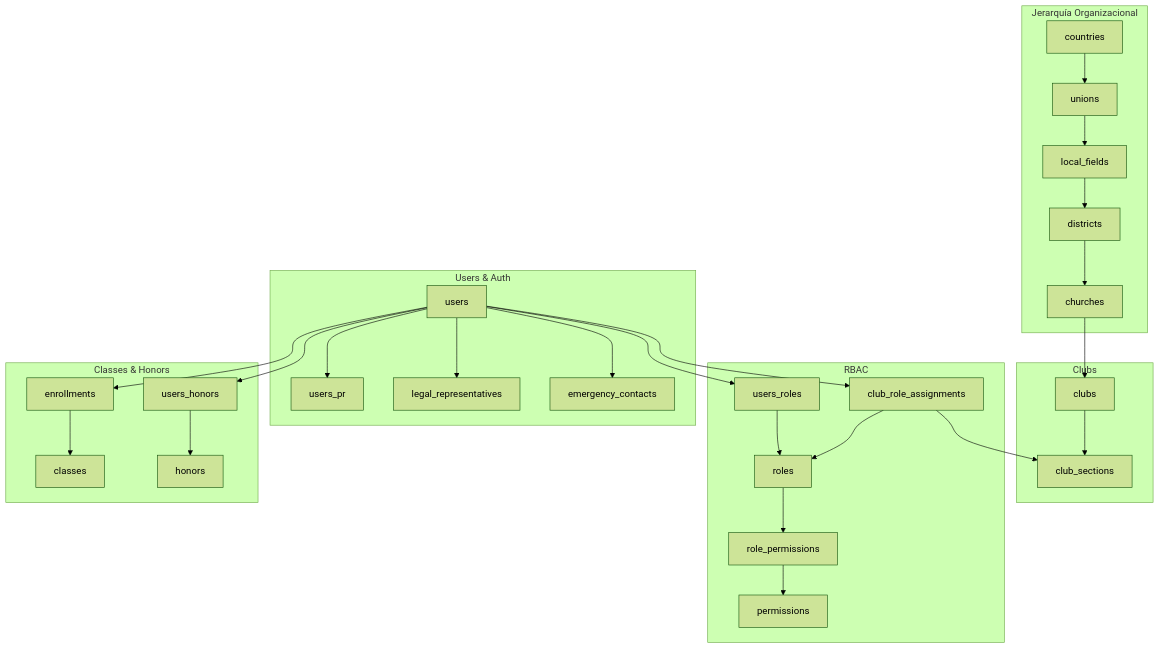
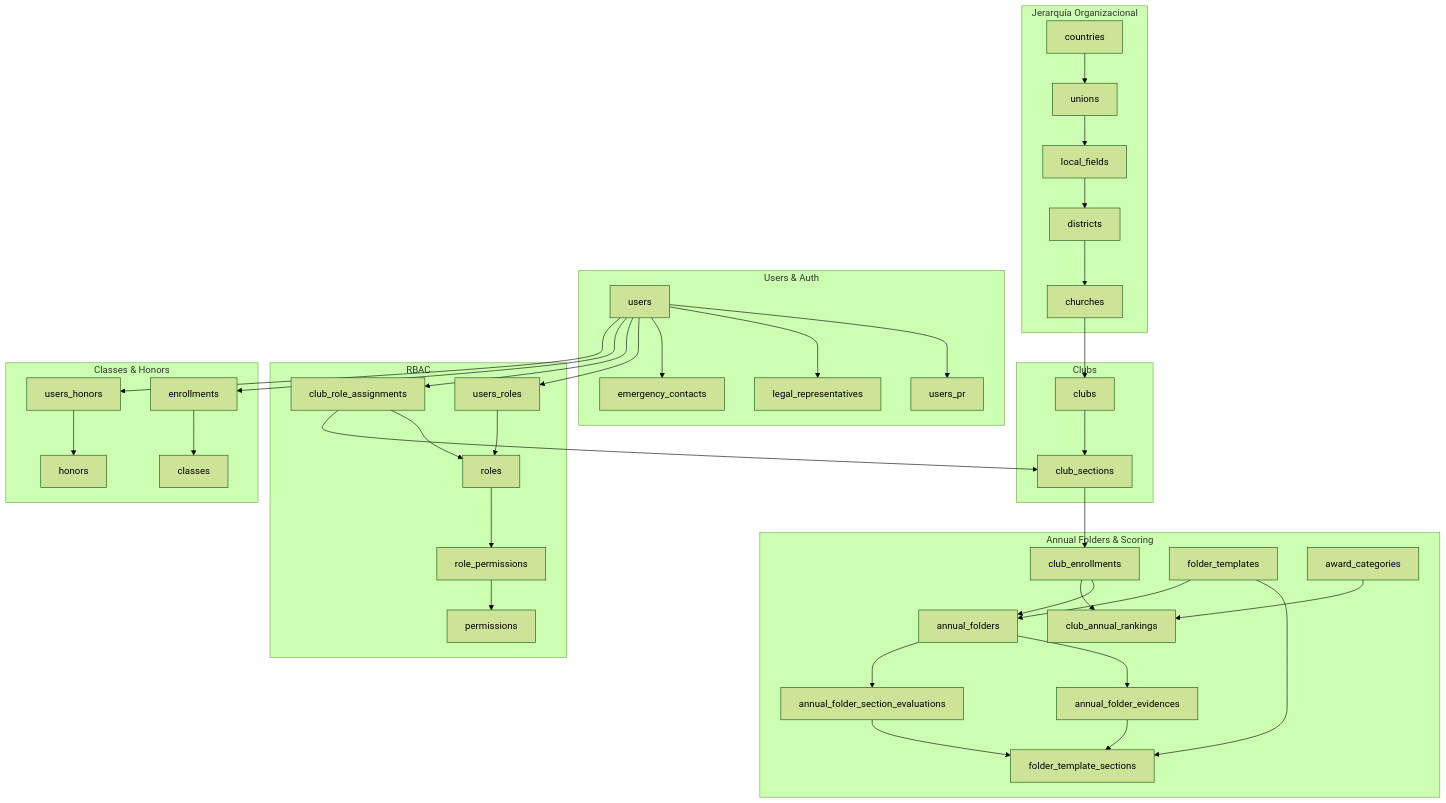
The diagram in docs/database/SCHEMA-REFERENCE.md (abn-r/sacdia), drawn with Mermaid (forest theme) before and after one commit. The commit also changed other lines of this file and 8 other files, not shown here.

````diff
--- a/docs/database/SCHEMA-REFERENCE.md
+++ b/docs/database/SCHEMA-REFERENCE.md
@@ -72,4 +72,26 @@
         USERS --> USERS_HONORS
         USERS_HONORS --> HONORS
     end
+
+    subgraph "Annual Folders & Scoring"
+        CLUB_ENROLL[club_enrollments]
+        FTEMPLATES[folder_templates]
+        FTSECTIONS[folder_template_sections]
+        ANNUAL_F[annual_folders]
+        AF_EVIDENCES[annual_folder_evidences]
+        AF_EVALS[annual_folder_section_evaluations]
+        AWARD_CAT[award_categories]
+        CLUB_RANK[club_annual_rankings]
+
+        SECTIONS --> CLUB_ENROLL
+        CLUB_ENROLL --> ANNUAL_F
+        FTEMPLATES --> FTSECTIONS
+        FTEMPLATES --> ANNUAL_F
+        ANNUAL_F --> AF_EVIDENCES
+        ANNUAL_F --> AF_EVALS
+        AF_EVIDENCES --> FTSECTIONS
+        AF_EVALS --> FTSECTIONS
+        CLUB_ENROLL --> CLUB_RANK
+        AWARD_CAT --> CLUB_RANK
+    end
 ```
````
